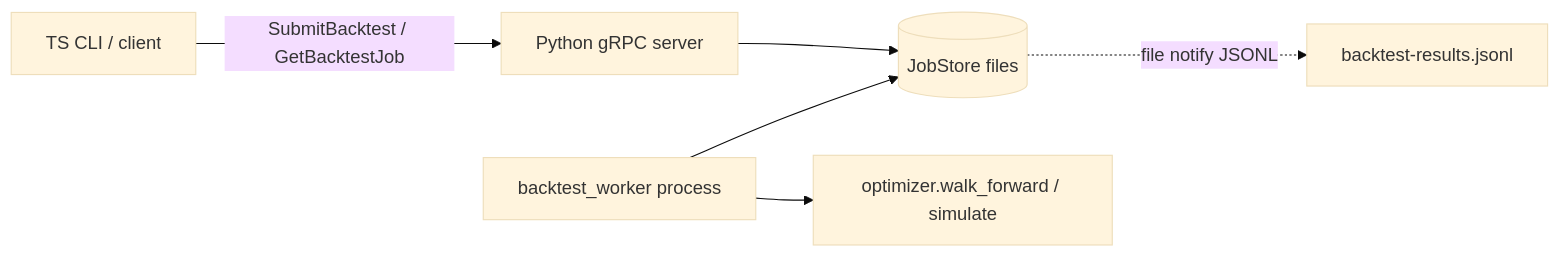
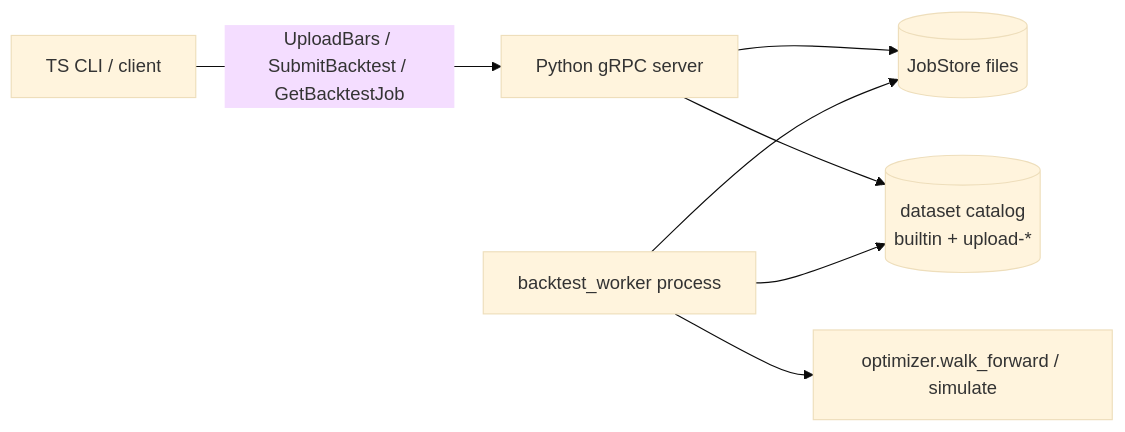
Before and after one commit to KimSunWooo/Auto-Trading-system: the third of 6 diagrams in extensions/docs/ARCHITECTURE.md, drawn with Mermaid (base theme). The commit also changed other lines of this file and 17 other files, not shown here.

First line of the commit message:
Add UploadBars streaming into versioned datasets for local backtests

````diff
--- a/extensions/docs/ARCHITECTURE.md
+++ b/extensions/docs/ARCHITECTURE.md
@@ -105,8 +105,9 @@
 ```mermaid
 flowchart LR
-  TS[TS CLI / client] -->|SubmitBacktest / GetBacktestJob| Svc[Python gRPC server]
+  TS[TS CLI / client] -->|UploadBars / SubmitBacktest / GetBacktestJob| Svc[Python gRPC server]
   Svc --> Store[(JobStore files)]
+  Svc --> Cat[(dataset catalog\nbuiltin + upload-*)]
   W[backtest_worker process] --> Store
+  W --> Cat
   W --> Opt[optimizer.walk_forward / simulate]
-  Store -.->|file notify JSONL| Notify[backtest-results.jsonl]
 ```
````
